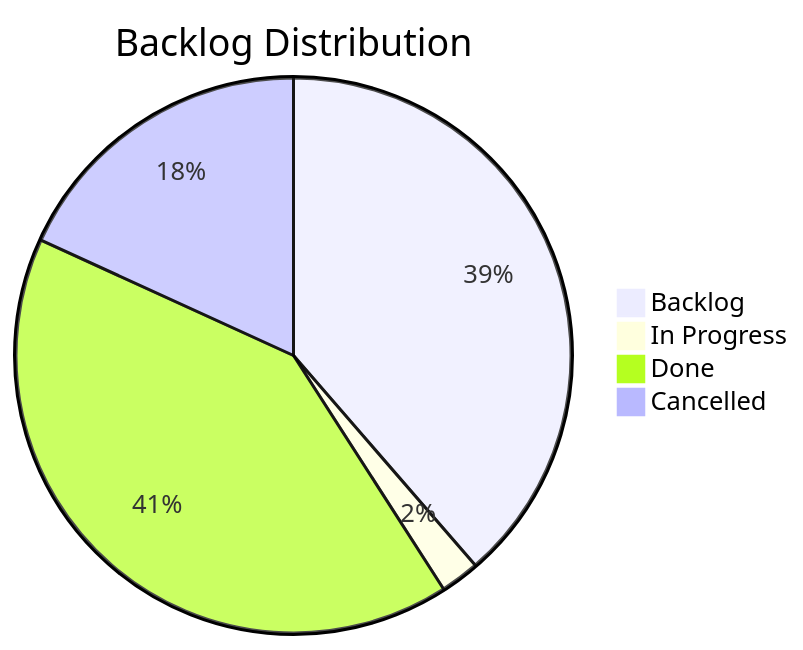
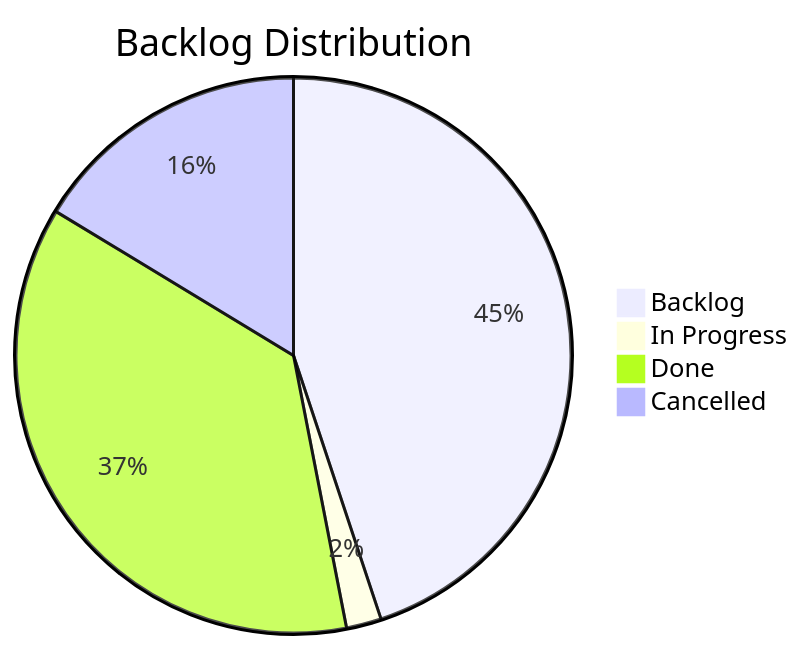
Before and after one commit to TheCodeCreature/Hytale-Example-Plugin: the diagram in docs/board.md, drawn with Mermaid. The commit also changed other lines of this file and 21 other files, not shown here.

````diff
--- a/docs/board.md
+++ b/docs/board.md
@@ -7,7 +7,7 @@
 ```mermaid
 pie title Backlog Distribution
-    "Backlog" : 17
+    "Backlog" : 22
     "In Progress" : 1
     "Done" : 18
     "Cancelled" : 8
 ```
````
